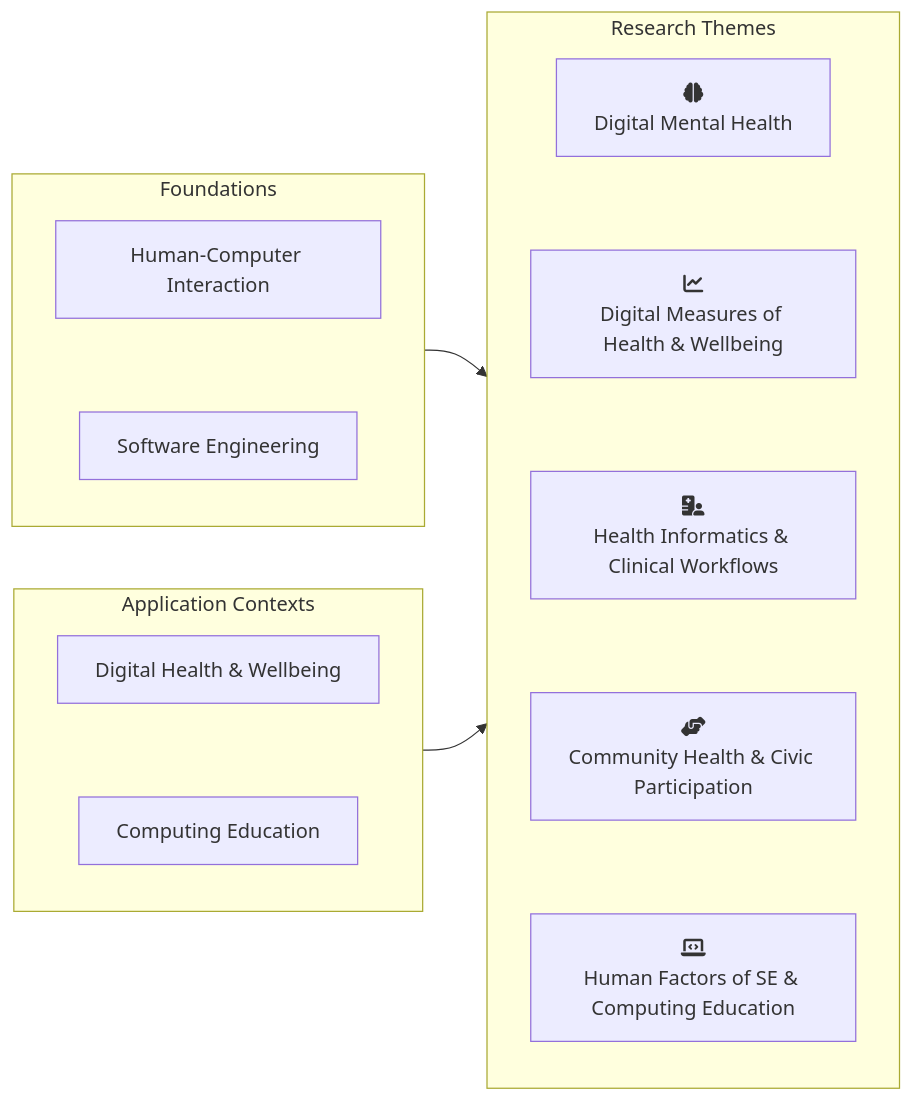
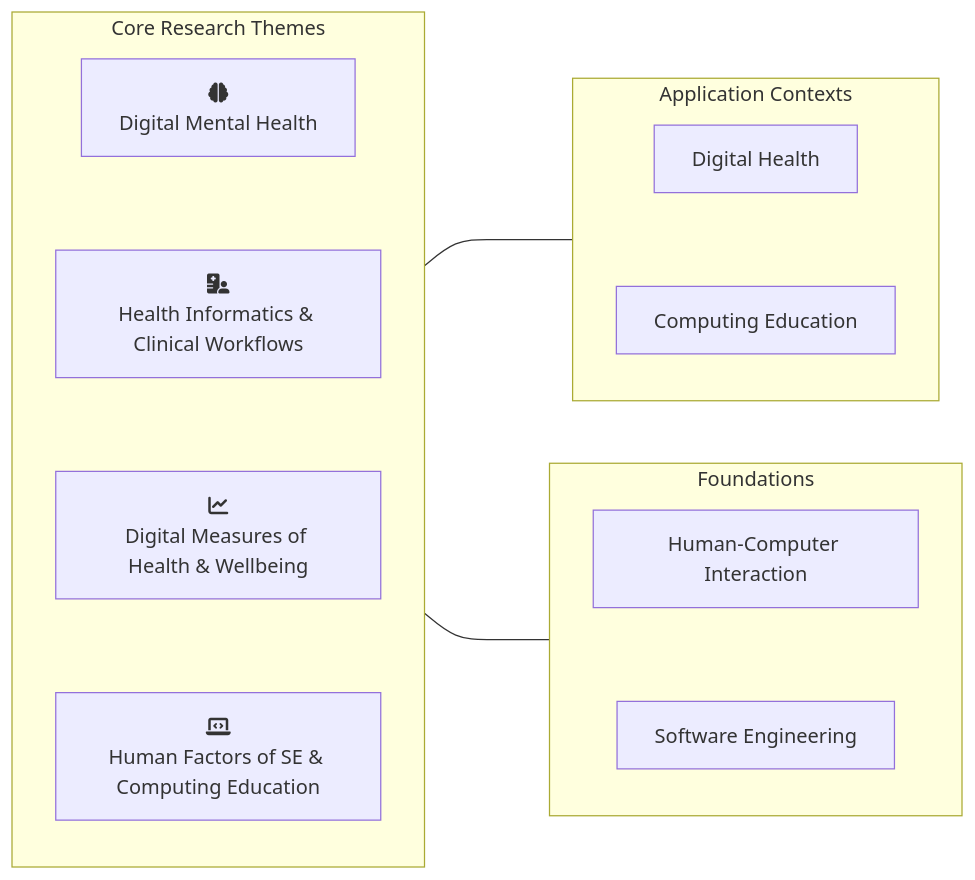
One commit to ChristopherBull/christopherbull.github.io changed the diagram in research/research-themes.md. Above: the diagram before and after it, drawn with Mermaid. The commit also changed other lines of this file, not shown here.

Commit message:
feat: enhance research themes overview with core themes and supporting focus

````diff
--- a/research/research-themes.md
+++ b/research/research-themes.md
@@ -17,28 +17,32 @@
 ```mermaid
 flowchart LR
     accTitle: Research Themes and Application Contexts Overview
-    accDescr: This diagram shows the foundations, research themes, and application contexts of Christopher Bull's human-centred computing research. Foundational areas include Human-Computer Interaction and Software Engineering. All foundational topics inform all of the research themes. Research themes include Digital Mental Health, Digital Measures of Health & Wellbeing, Health Informatics & Clinical Workflows, Community Health & Civic Participation, and Human Factors of Software Engineering & Computing Education. Application contexts are Digital Health & Wellbeing and Computing Education. Arrows indicate that foundations and contexts inform the research themes.
+    accDescr: This diagram shows the foundations, core research themes, and application contexts of Christopher Bull's human-centred computing research. Foundational areas include Human-Computer Interaction and Software Engineering. All foundational topics inform the core research themes. Core themes include Digital Mental Health, Digital Measures of Health & Wellbeing, Health Informatics & Clinical Workflows, and Human Factors of Software Engineering & Computing Education. Application contexts are Digital Health, and Computing Education.
 
-    subgraph F["Foundations"]
-        direction TB
-        HCI["Human-Computer Interaction"] ~~~ SE["Software Engineering"]
-    end
-
-    subgraph T["Research Themes"]
+    %% --- CORE RESEARCH THEMES ---
+    subgraph T["Core Research Themes"]
         direction TB
         MH[<i class="fas fa-brain fa-fw" aria-hidden="true"></i><br>Digital Mental Health] ~~~
+        HI[<i class="fas fa-hospital-user fa-fw" aria-hidden="true"></i><br>Health Informatics & Clinical Workflows] ~~~
         M[<i class="fas fa-chart-line fa-fw" aria-hidden="true"></i><br>Digital Measures of Health & Wellbeing] ~~~
-        HI[<i class="fas fa-hospital-user fa-fw" aria-hidden="true"></i><br>Health Informatics & Clinical Workflows] ~~~
-        CH[<i class="fas fa-hands-helping fa-fw" aria-hidden="true"></i><br>Community Health & Civic Participation] ~~~
         E[<i class="fas fa-laptop-code fa-fw" aria-hidden="true"></i><br>Human Factors of SE & Computing Education]
     end
 
+    %% --- APPLICATION CONTEXTS (to the top-right) ---
     subgraph C["Application Contexts"]
         direction TB
-        DH["Digital Health & Wellbeing"] ~~~
-        CE["Computing Education"]
+        DH[Digital Health] ~~~
+        CE[Computing Education]
     end
 
-    F --> T
-    C --> T
+    %% --- FOUNDATIONS (to the bottom-right) ---
+    subgraph F["Foundations"]
+        direction TB
+        HCI[Human-Computer Interaction] ~~~
+        SE[Software Engineering]
+    end
+
+    %% --- STRUCTURAL RELATIONSHIPS ---
+    T <--- C
+    T <--- F
 ```
````
